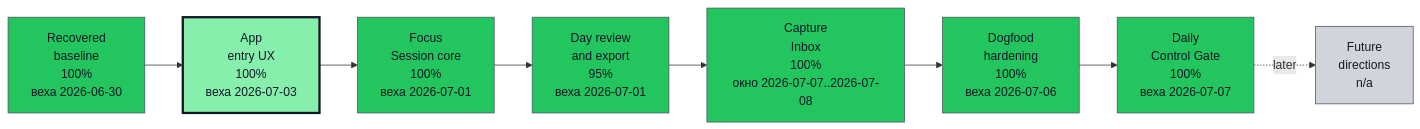
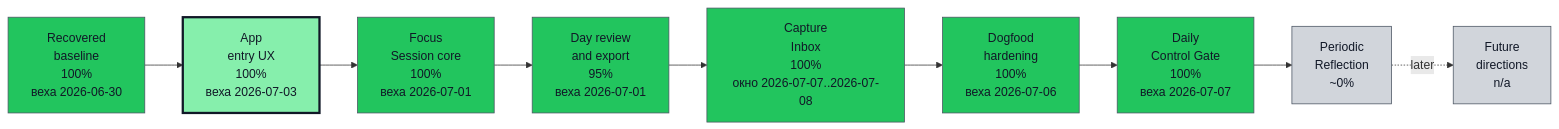
The first of 2 diagrams in docs/roadmap/opskarta.md (asukhodko/timeskein), drawn with Mermaid before and after one commit. The commit also changed other lines of this file and 10 other files, not shown here.

Commit message:
Document periodic reflection reports

````diff
--- a/docs/roadmap/opskarta.md
+++ b/docs/roadmap/opskarta.md
@@ -46,38 +46,41 @@
 ```mermaid
 flowchart LR
 
     classDef exec_done fill:#22c55e,stroke:#4b5563,color:#111827,stroke-width:1px
     classDef exec_in_progress fill:#0ea5e9,stroke:#4b5563,color:#111827,stroke-width:1px
     classDef exec_blocked fill:#fecaca,stroke:#4b5563,color:#111827,stroke-width:1px
     classDef exec_not_started fill:#9ca3af,stroke:#4b5563,color:#111827,stroke-width:1px
     classDef exec_mgmt_green fill:#86efac,stroke:#4b5563,color:#111827,stroke-width:1px
     classDef exec_mgmt_yellow fill:#fde68a,stroke:#4b5563,color:#111827,stroke-width:1px
     classDef exec_mgmt_red fill:#fca5a5,stroke:#4b5563,color:#111827,stroke-width:1px
     classDef exec_mgmt_neutral fill:#d1d5db,stroke:#4b5563,color:#111827,stroke-width:1px
 
     recovered_baseline["Recovered<br/>baseline<br/>100%<br/>веха 2026-06-30"]
     class recovered_baseline exec_done
     app_entry_ux["App<br/>entry UX<br/>100%<br/>веха 2026-07-03"]
     class app_entry_ux exec_mgmt_green
     style app_entry_ux stroke:#111827,stroke-width:3px
     focus_session_core["Focus<br/>Session core<br/>100%<br/>веха 2026-07-01"]
     class focus_session_core exec_done
     day_review_export["Day review<br/>and export<br/>95%<br/>веха 2026-07-01"]
     class day_review_export exec_done
     capture_inbox["Capture<br/>Inbox<br/>100%<br/>окно 2026-07-07..2026-07-08"]
     class capture_inbox exec_done
     dogfood_hardening["Dogfood<br/>hardening<br/>100%<br/>веха 2026-07-06"]
     class dogfood_hardening exec_done
     daily_control_gate["Daily<br/>Control Gate<br/>100%<br/>веха 2026-07-07"]
     class daily_control_gate exec_done
+    periodic_reflection["Periodic<br/>Reflection<br/>~0%"]
+    class periodic_reflection exec_mgmt_neutral
     future_directions["Future<br/>directions<br/>n/a"]
     class future_directions exec_mgmt_neutral
 
     recovered_baseline --> app_entry_ux
     app_entry_ux --> focus_session_core
     focus_session_core --> day_review_export
     day_review_export --> capture_inbox
     capture_inbox --> dogfood_hardening
     dogfood_hardening --> daily_control_gate
-    daily_control_gate -. later .-> future_directions
+    daily_control_gate --> periodic_reflection
+    periodic_reflection -. later .-> future_directions
 ```
````
